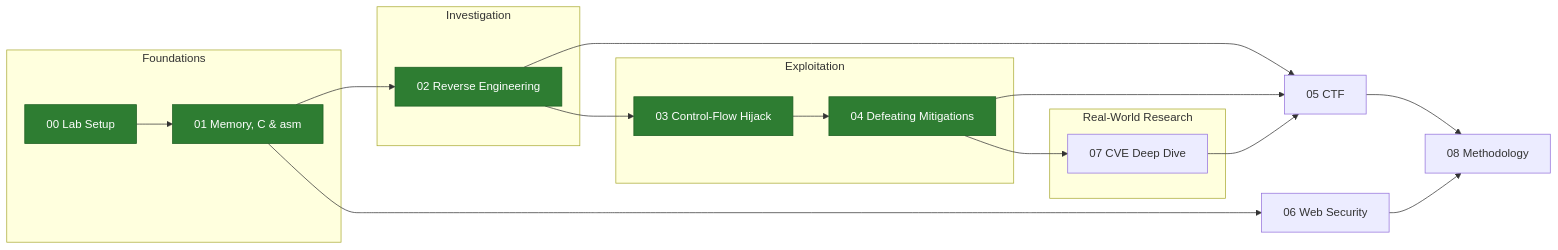
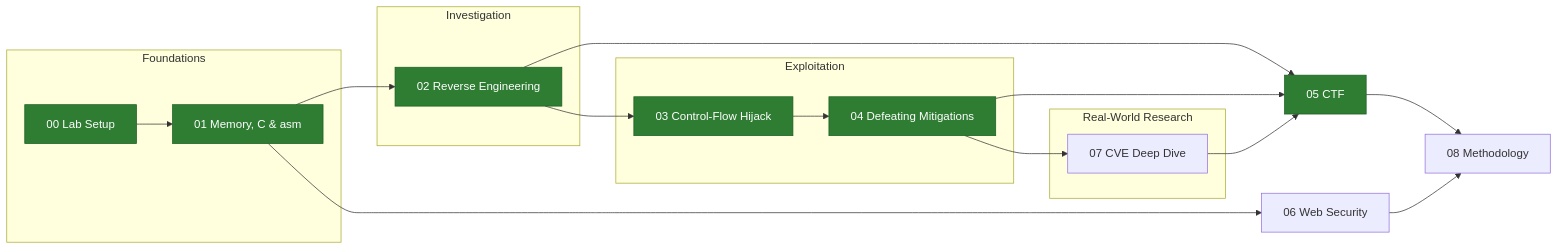
The diagram in README.md (amichaimukades/vr-portfolio), drawn with Mermaid before and after one commit. The commit also changed other lines of this file, not shown here.

````diff
--- a/README.md
+++ b/README.md
@@ -25,27 +25,27 @@
 ```mermaid
 flowchart LR
     subgraph F[Foundations]
         S0[00 Lab Setup]
         S1[01 Memory, C & asm]
     end
     subgraph I[Investigation]
         S2[02 Reverse Engineering]
     end
     subgraph E[Exploitation]
         S3[03 Control-Flow Hijack]
         S4[04 Defeating Mitigations]
     end
     subgraph R[Real-World Research]
         S7[07 CVE Deep Dive]
     end
     S0 --> S1 --> S2 --> S3 --> S4 --> S7
     S2 --> S5[05 CTF]
     S4 --> S5
     S7 --> S5
     S1 --> S6[06 Web Security]
     S5 --> S8[08 Methodology]
     S6 --> S8
 
     classDef done fill:#2e7d32,color:#fff,stroke:#1b5e20
-    class S0,S1,S2,S3,S4 done
+    class S0,S1,S2,S3,S4,S5 done
 ```
````
